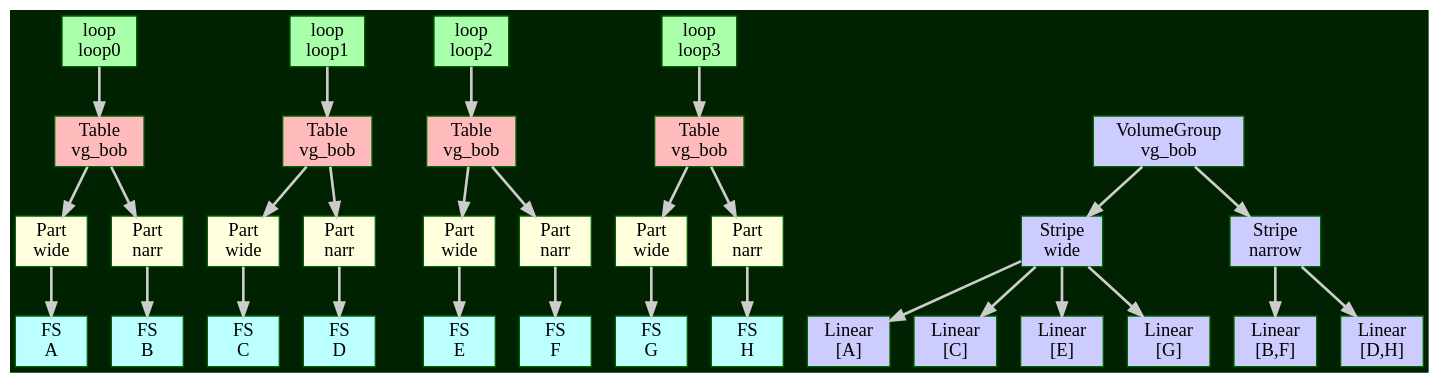
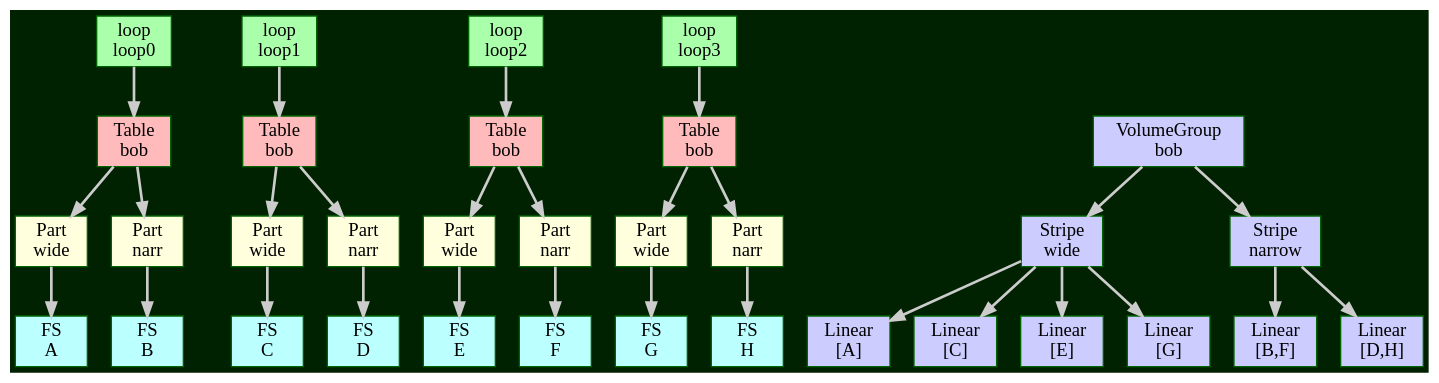
The diagram in gfx/class5.gv (flatcap/dparted), drawn with Graphviz before and after one commit.

Commit message:
add types to objects

```diff
--- a/gfx/class5.gv
+++ b/gfx/class5.gv
@@ -1,85 +1,85 @@
 digraph G
 {
 	graph [ rankdir="TB" ];
 	node  [ shape=record, style=filled ];
 	edge  [ penwidth=2.0 ];
 
 	graph [ bgcolor="#002200", color=white ];
 	node  [ fillcolor="#bbbbbb", color=darkgreen ];
 	edge  [ color="#cccccc" ];
 
 	Loop1 [ label="loop\nloop0" fillcolor="#aaffaa" ];
 	Loop2 [ label="loop\nloop1" fillcolor="#aaffaa" ];
 	Loop3 [ label="loop\nloop2" fillcolor="#aaffaa" ];
 	Loop4 [ label="loop\nloop3" fillcolor="#aaffaa" ];
 
-	Table1 [ label="Table\nvg_bob", fillcolor="#ffbbbb" ];
-	Table2 [ label="Table\nvg_bob", fillcolor="#ffbbbb" ];
-	Table3 [ label="Table\nvg_bob", fillcolor="#ffbbbb" ];
-	Table4 [ label="Table\nvg_bob", fillcolor="#ffbbbb" ];
+	Table1 [ label="Table\nbob", fillcolor="#ffbbbb" ];
+	Table2 [ label="Table\nbob", fillcolor="#ffbbbb" ];
+	Table3 [ label="Table\nbob", fillcolor="#ffbbbb" ];
+	Table4 [ label="Table\nbob", fillcolor="#ffbbbb" ];
 
 	Part1 [ label="Part\nwide", fillcolor="#ffffdd" ];
 	Part2 [ label="Part\nnarr", fillcolor="#ffffdd" ];
 	Part3 [ label="Part\nwide", fillcolor="#ffffdd" ];
 	Part4 [ label="Part\nnarr", fillcolor="#ffffdd" ];
 	Part5 [ label="Part\nwide", fillcolor="#ffffdd" ];
 	Part6 [ label="Part\nnarr", fillcolor="#ffffdd" ];
 	Part7 [ label="Part\nwide", fillcolor="#ffffdd" ];
 	Part8 [ label="Part\nnarr", fillcolor="#ffffdd" ];
 
 	Fs1 [ label="FS\nA", fillcolor="#bbffff" ];
 	Fs2 [ label="FS\nB", fillcolor="#bbffff" ];
 	Fs3 [ label="FS\nC", fillcolor="#bbffff" ];
 	Fs4 [ label="FS\nD", fillcolor="#bbffff" ];
 	Fs5 [ label="FS\nE", fillcolor="#bbffff" ];
 	Fs6 [ label="FS\nF", fillcolor="#bbffff" ];
 	Fs7 [ label="FS\nG", fillcolor="#bbffff" ];
 	Fs8 [ label="FS\nH", fillcolor="#bbffff" ];
 
-	Group	[ label="VolumeGroup\nvg_bob", fillcolor="#ccccff" ];
+	Group	[ label="VolumeGroup\nbob", fillcolor="#ccccff" ];
 	Volume1 [ label="Stripe\nwide" fillcolor="#ccccff" ];
 	Volume2 [ label="Stripe\nnarrow" fillcolor="#ccccff" ];
 
 	Linear1 [ label="Linear\n[A]" fillcolor="#ccccff" ];
 	Linear2 [ label="Linear\n[C]" fillcolor="#ccccff" ];
 	Linear3 [ label="Linear\n[E]" fillcolor="#ccccff" ];
 	Linear4 [ label="Linear\n[G]" fillcolor="#ccccff" ];
 	Linear5 [ label="Linear\n[B,F]" fillcolor="#ccccff" ];
 	Linear6 [ label="Linear\n[D,H]" fillcolor="#ccccff" ];
 
 	Loop1	-> Table1;
 	Loop2	-> Table2;
 	Loop3	-> Table3;
 	Loop4	-> Table4;
 
 	Table1	-> Part1;
 	Table1	-> Part2;
 	Table2	-> Part3;
 	Table2	-> Part4;
 	Table3	-> Part5;
 	Table3	-> Part6;
 	Table4	-> Part7;
 	Table4	-> Part8;
 
 	Part1	-> Fs1;
 	Part2	-> Fs2;
 	Part3	-> Fs3;
 	Part4	-> Fs4;
 	Part5	-> Fs5;
 	Part6	-> Fs6;
 	Part7	-> Fs7;
 	Part8	-> Fs8;
 
 	Group		-> Volume1;
 	Group		-> Volume2;
 
 	Volume1		-> Linear1;
 	Volume1		-> Linear2;
 	Volume1		-> Linear3;
 	Volume1		-> Linear4;
 
 	Volume2		-> Linear5;
 	Volume2		-> Linear6;
 
 	{ rank=same Group Table1 Table2 Table3 Table4 }
 }
```
